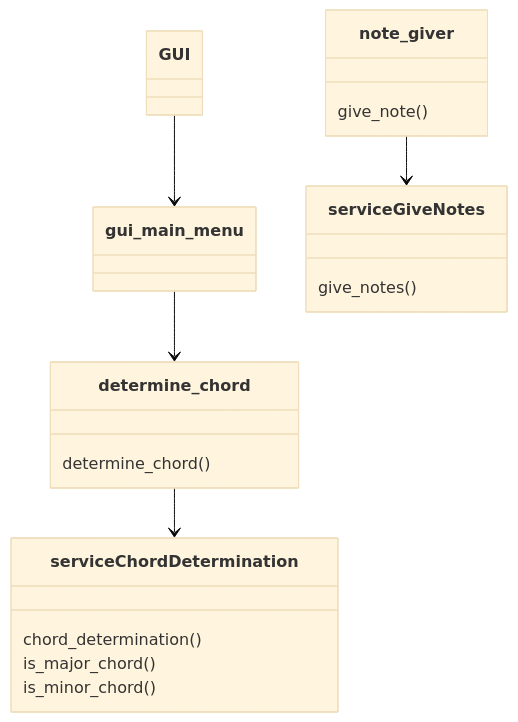
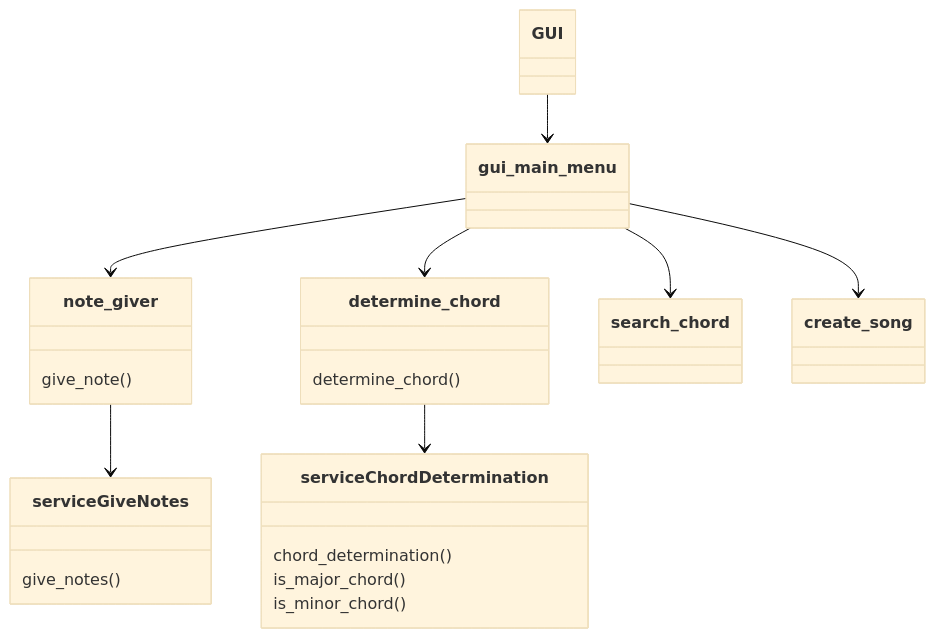
One commit to Aaltonenn/ot-harjoitustyo changed the diagram in dokumentaatio/arkkitehtuuri.md. Above: the diagram before and after it, drawn with Mermaid (base theme).

````diff
--- a/dokumentaatio/arkkitehtuuri.md
+++ b/dokumentaatio/arkkitehtuuri.md
@@ -3,27 +3,30 @@
 ```mermaid
  classDiagram
       GUI --> gui_main_menu
-      gui_main_menu note_giver
+      gui_main_menu --> note_giver
       gui_main_menu --> determine_chord
+      gui_main_menu --> search_chord
+      gui_main_menu --> create_song
+
       note_giver --> serviceGiveNotes
       determine_chord --> serviceChordDetermination
       
       class serviceChordDetermination{
       chord_determination()
       is_major_chord()
       is_minor_chord()
       }
       class serviceGiveNotes{
       give_notes()
       }
       class note_giver{
       give_note()
       }
       class determine_chord{
       determine_chord()
       }
       class gui_main_menu{
       }
       
       
 ```
````
